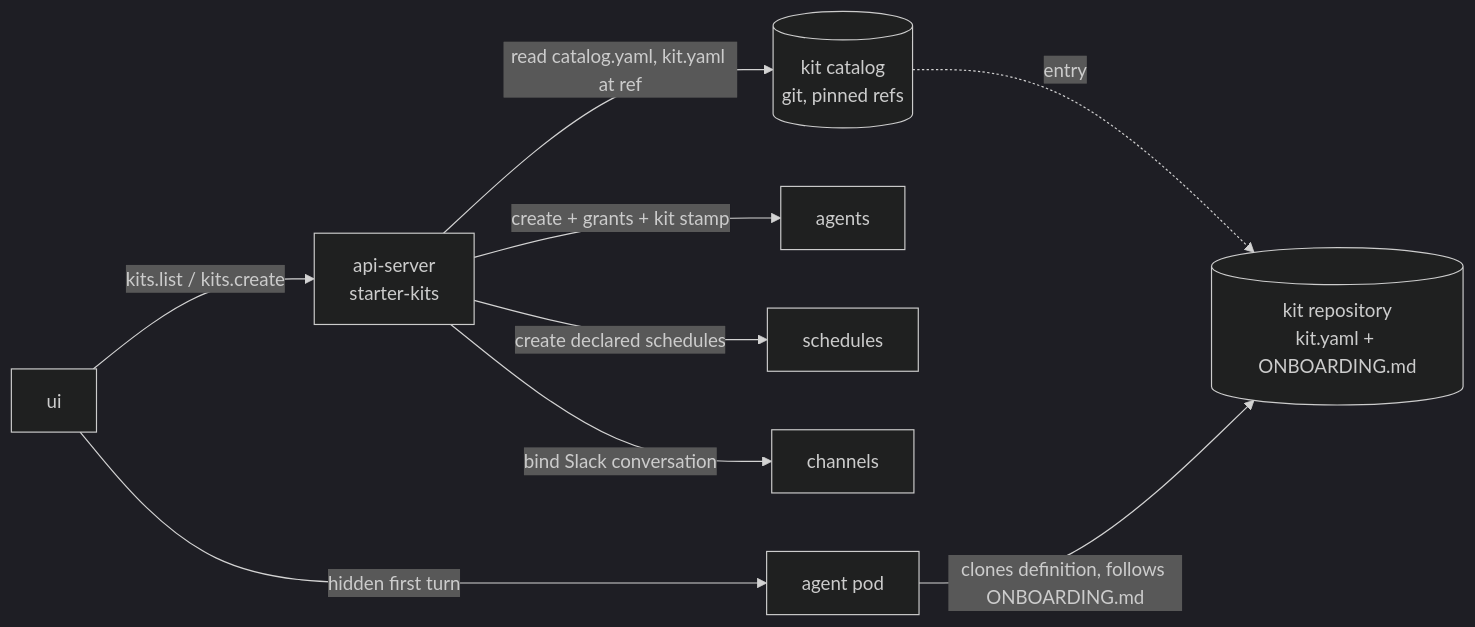
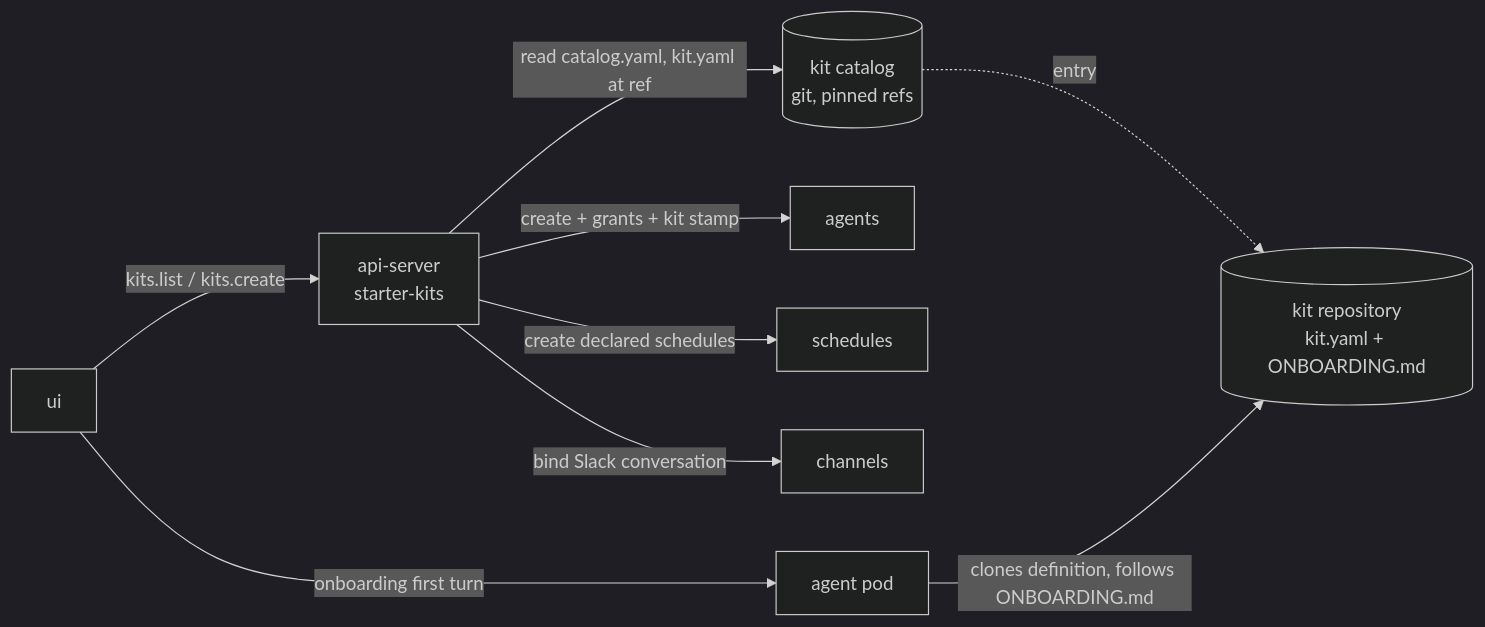
The diagram in docs/architecture/starter-kits.md (dam-agents/dam), drawn with Mermaid (dark theme) before and after one commit. The commit also changed other lines of this file and 2 other files, not shown here.

Commit message:
fix(starter-kits): the onboarding first turn is visible, not hidden
The agent's first act is to ask the user for the kit's parameters — the
repository to review, the bot name, the reviewer roster. Those questions
are answerable only against the brief that prompted them: what was
connected, which schedules exist and their state, and "do not recreate
any of it". Hiding it left the user with an interrogation and no context.

Hiding it never held either. `hidden` only suppresses the optimistic
bubble in the live chat; the turn goes over the wire normally and the
harness records it, so a reload replayed the whole brief as a user
message. Live and reload disagreed.

`useAgentGreeting` takes `hidden`, still defaulting to true: knowledge
bases and experiments send a bare slash command, a mechanical trigger
with nothing to read, and keep hiding it. Only the kit greeting opts
out. `initiator: "system"` stays on all three — the turn is still not a
human interaction for the relay's turn-relayed event.

Refs #3576 #3638

````diff
--- a/docs/architecture/starter-kits.md
+++ b/docs/architecture/starter-kits.md
@@ -13,20 +13,20 @@
 ```mermaid
 flowchart LR
   catalog[(kit catalog<br/>git, pinned refs)]
   kitrepo[(kit repository<br/>kit.yaml + ONBOARDING.md)]
   ui[ui]
   api[api-server<br/>starter-kits]
   agents[agents]
   schedules[schedules]
   channels[channels]
   pod[agent pod]
 
   api -->|read catalog.yaml, kit.yaml at ref| catalog
   catalog -.->|entry| kitrepo
   ui -->|kits.list / kits.create| api
   api -->|create + grants + kit stamp| agents
   api -->|create declared schedules| schedules
   api -->|bind Slack conversation| channels
-  ui -->|hidden first turn| pod
+  ui -->|onboarding first turn| pod
   pod -->|clones definition, follows ONBOARDING.md| kitrepo
 ```
````
